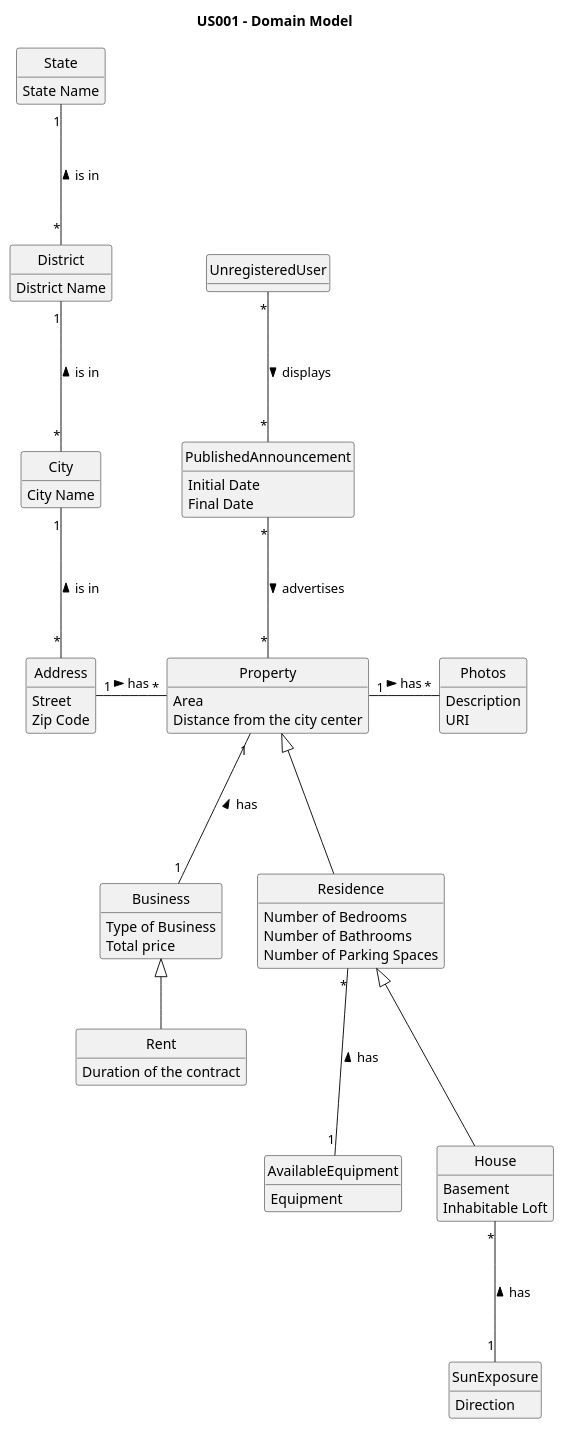
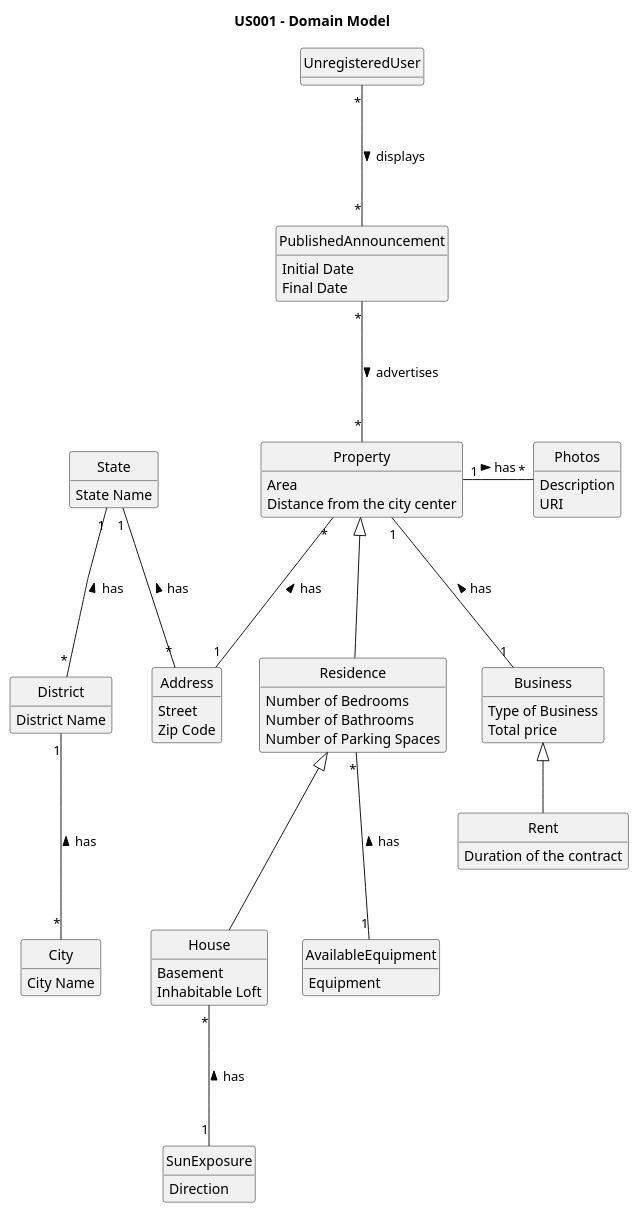
One commit to PureNimble/ISEP-LAPR2 changed the diagram in docs/sprintB/US01/02.analysis/puml/us01-domain-model.puml. Above: the diagram before and after it, drawn with PlantUML. The commit also changed 22 other files, not shown here.

Commit message:
Updated US01 Requirements-engineering & Design Readme.md. Updated US01 Class Diagram, Domain Model, Sequence Diagram (Full) and System Sequence Diagram (Alt.1, 2, 3, 4 and Full). Added US01 System Sequence Diagram (Alt. 5). Added SVG Preview of all of the files mentioned above.

```diff
--- a/docs/sprintB/US01/02.analysis/puml/us01-domain-model.puml
+++ b/docs/sprintB/US01/02.analysis/puml/us01-domain-model.puml
@@ -1,119 +1,119 @@
 @startuml
 
 title US001 - Domain Model
 
 skinparam groupInheritance 2
 skinparam monochrome true
 skinparam linetype polyline
 hide methods
 hide circle
 
 
 class Address {
 Street
 Zip Code
 }
 
 class AvailableEquipment {
 Equipment
 }
 
 
 class Business {
 Type of Business
 Total price
 }
 
 
 class City {
 City Name
 }
 
 /'class Comission {
 Static Value
 }
 '/
 
 /'class ComissionPercentage {
 Percentage Value
 }
 '/
 
 
 class District {
 District Name
 }
 
 
 class House {
 Basement
 Inhabitable Loft
 }
 
 
 class Photos {
 Description
 URI
 }
 
 class Property {
 Area
 Distance from the city center
 }
 
 class PublishedAnnouncement {
 Initial Date
 Final Date
 
 }
 
 
 class Rent {
 Duration of the contract
 }
 
 
 class Residence {
 Number of Bedrooms
 Number of Bathrooms
 Number of Parking Spaces
 }
 
 
 class State {
 State Name
 }
 
 class SunExposure {
 Direction
 }
 
 
 class UnregisteredUser {
 }
 
 
 
 Business <|-- Rent
 
-City "1" --- "*" Address : is in <
 'Comission "1" -right- "1" Business : contains <
 
-District "1" --- "*" City : is in <
+District "1" --- "*" City : has <
 
 House "*" --- "1" SunExposure : has <
 
 Property <|--- Residence
-Property "*" -left- "1" Address : has <
+Property "*" --- "1" Address : has <
 Property "1" --- "1" Business : has <
 Property "1" -right- "*" Photos : has >
 PublishedAnnouncement "*" --- "*" Property: advertises >
 
 Residence "*" --- "1" AvailableEquipment : has <
 Residence <|--- House
 
-State "1" --- "*" District : is in <
+State "1" --- "*" District : has <
+State "1" --- "*" Address : has <
 
 UnregisteredUser "*" --- "*" PublishedAnnouncement: displays >
 
 @enduml
```
